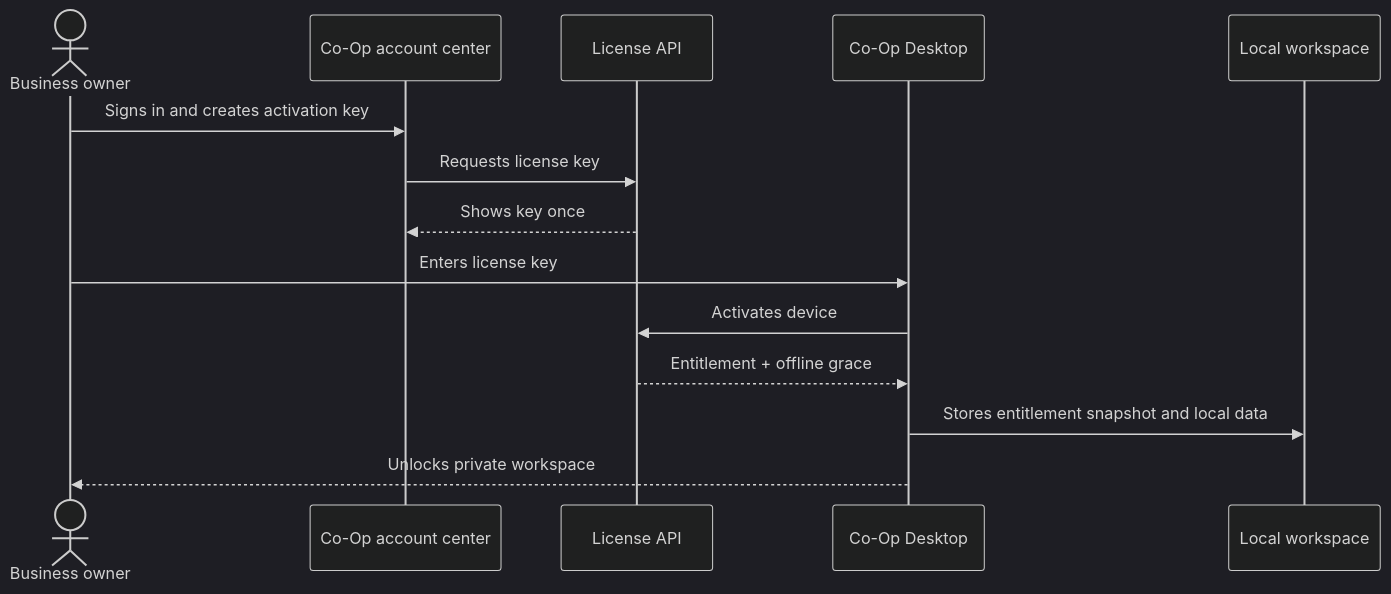
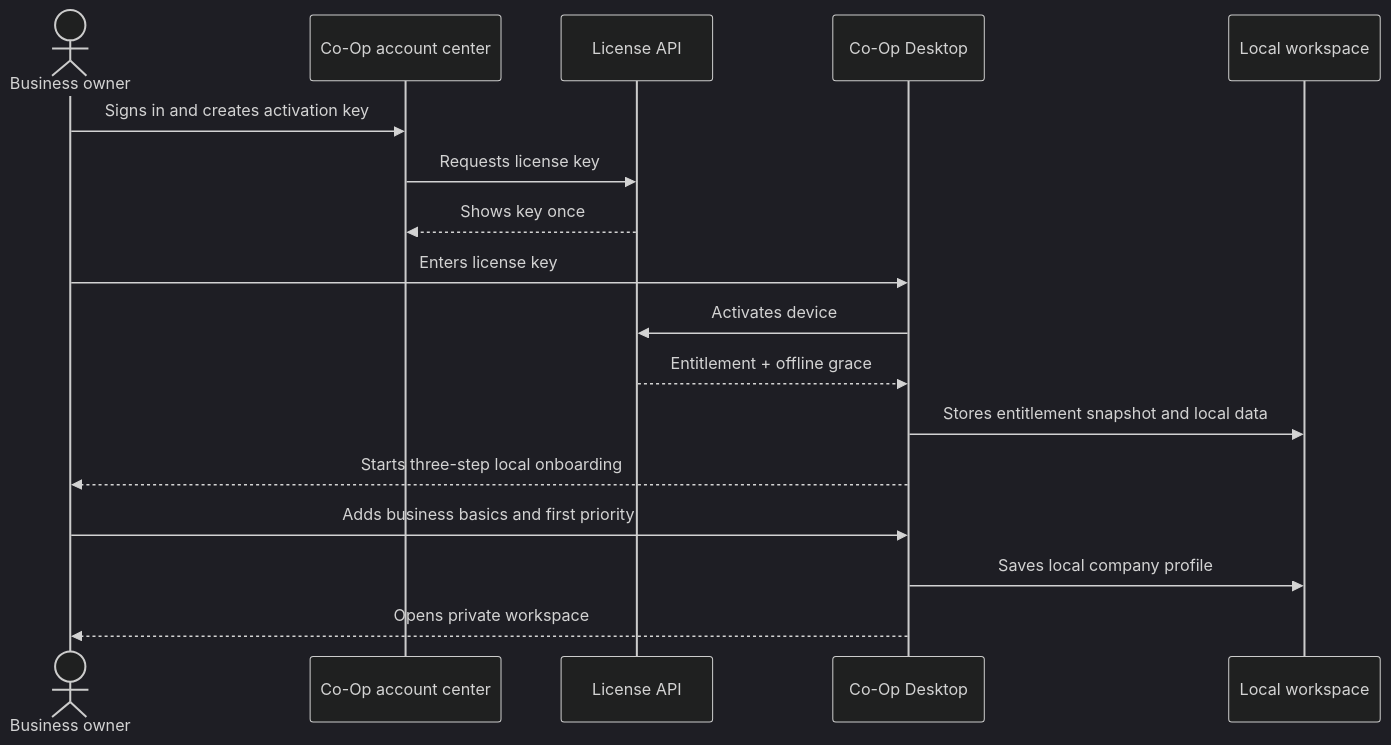
One commit to Afnanksalal/co-op changed the second of 2 diagrams in docs/ARCHITECTURE.md. Above: the diagram before and after it, drawn with Mermaid (dark theme). The commit also changed other lines of this file and 67 other files, not shown here.

````diff
--- a/docs/ARCHITECTURE.md
+++ b/docs/ARCHITECTURE.md
@@ -44,17 +44,20 @@
 ```mermaid
 sequenceDiagram
   actor Owner as Business owner
   participant Web as Co-Op account center
   participant Cloud as License API
   participant Desktop as Co-Op Desktop
   participant Local as Local workspace
 
   Owner->>Web: Signs in and creates activation key
   Web->>Cloud: Requests license key
   Cloud-->>Web: Shows key once
   Owner->>Desktop: Enters license key
   Desktop->>Cloud: Activates device
   Cloud-->>Desktop: Entitlement + offline grace
   Desktop->>Local: Stores entitlement snapshot and local data
-  Desktop-->>Owner: Unlocks private workspace
+  Desktop-->>Owner: Starts three-step local onboarding
+  Owner->>Desktop: Adds business basics and first priority
+  Desktop->>Local: Saves local company profile
+  Desktop-->>Owner: Opens private workspace
 ```
````
